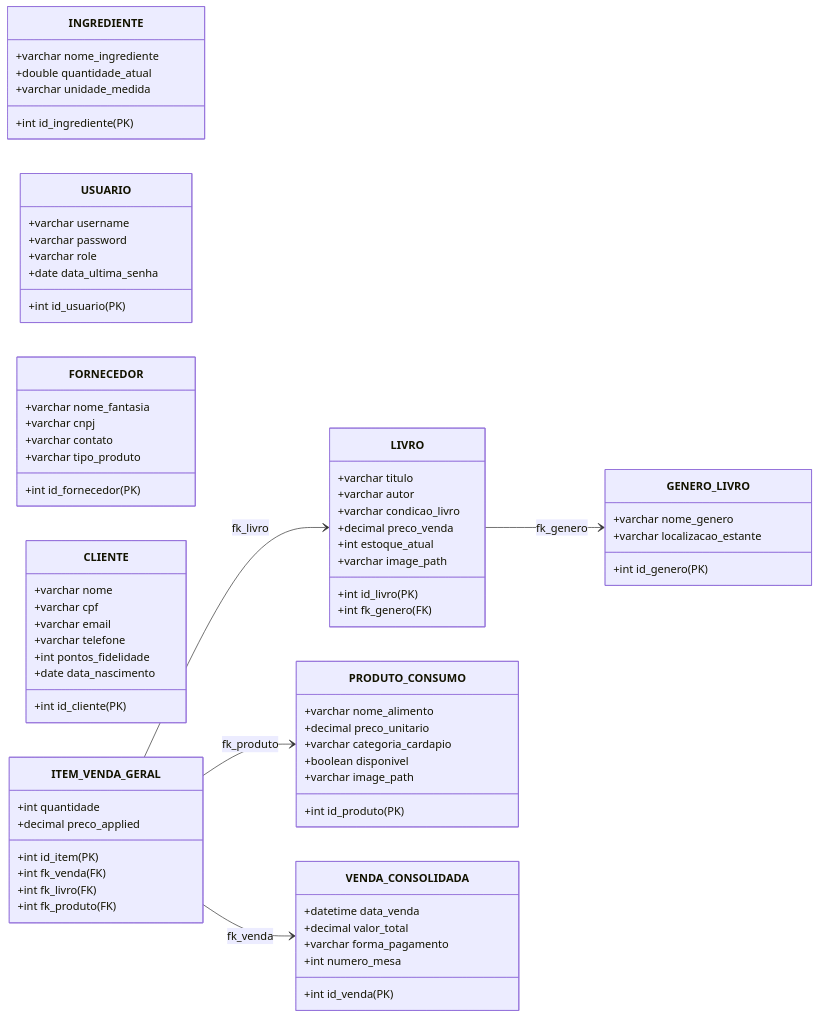
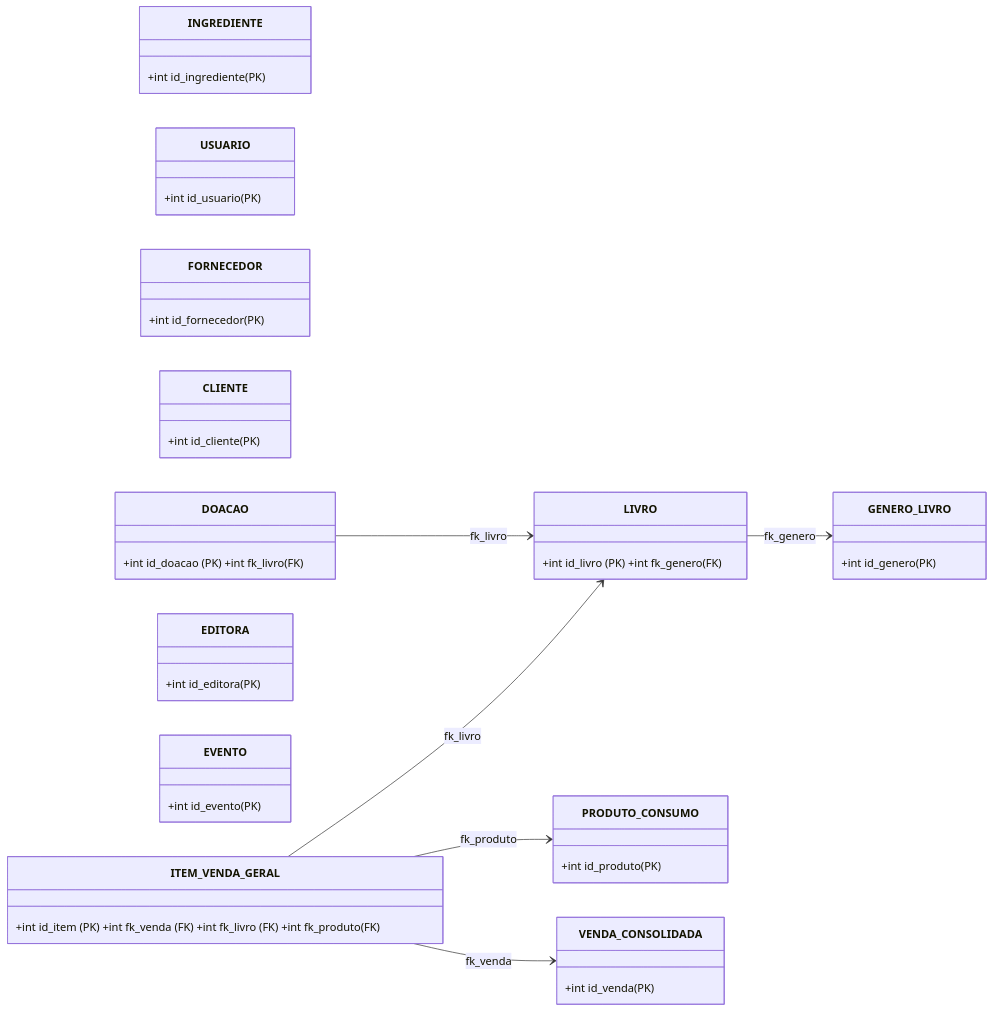
The diagram in apresentacao_slides.md (BarbaraVSilva/CoffeeANDBooks), drawn with Mermaid before and after one commit. The commit also changed other lines of this file and 19 other files, not shown here.

````diff
--- a/apresentacao_slides.md
+++ b/apresentacao_slides.md
@@ -200,85 +587,22 @@
 ```mermaid
 classDiagram
     direction LR
-
-    class GENERO_LIVRO {
-        +int id_genero (PK)
-        +varchar nome_genero
-        +varchar localizacao_estante
-    }
-
-    class LIVRO {
-        +int id_livro (PK)
-        +varchar titulo
-        +varchar autor
-        +varchar condicao_livro
-        +decimal preco_venda
-        +int estoque_atual
-        +int fk_genero (FK)
-        +varchar image_path
-    }
-
-    class PRODUTO_CONSUMO {
-        +int id_produto (PK)
-        +varchar nome_alimento
-        +decimal preco_unitario
-        +varchar categoria_cardapio
-        +boolean disponivel
-        +varchar image_path
-    }
-
-    class INGREDIENTE {
-        +int id_ingrediente (PK)
-        +varchar nome_ingrediente
-        +double quantidade_atual
-        +varchar unidade_medida
-    }
-
-    class USUARIO {
-        +int id_usuario (PK)
-        +varchar username
-        +varchar password
-        +varchar role
-        +date data_ultima_senha
-    }
-
-    class FORNECEDOR {
-        +int id_fornecedor (PK)
-        +varchar nome_fantasia
-        +varchar cnpj
-        +varchar contato
-        +varchar tipo_produto
-    }
-
-    class CLIENTE {
-        +int id_cliente (PK)
-        +varchar nome
-        +varchar cpf
-        +varchar email
-        +varchar telefone
-        +int pontos_fidelidade
-        +date data_nascimento
-    }
-
-    class VENDA_CONSOLIDADA {
-        +int id_venda (PK)
-        +datetime data_venda
-        +decimal valor_total
-        +varchar forma_pagamento
-        +int numero_mesa
-    }
-
-    class ITEM_VENDA_GERAL {
-        +int id_item (PK)
-        +int quantidade
-        +decimal preco_applied
-        +int fk_venda (FK)
-        +int fk_livro (FK)
-        +int fk_produto (FK)
-    }
+    class GENERO_LIVRO { +int id_genero (PK) }
+    class LIVRO { +int id_livro (PK) +int fk_genero (FK) }
+    class PRODUTO_CONSUMO { +int id_produto (PK) }
+    class INGREDIENTE { +int id_ingrediente (PK) }
+    class USUARIO { +int id_usuario (PK) }
+    class FORNECEDOR { +int id_fornecedor (PK) }
+    class CLIENTE { +int id_cliente (PK) }
+    class VENDA_CONSOLIDADA { +int id_venda (PK) }
+    class ITEM_VENDA_GERAL { +int id_item (PK) +int fk_venda (FK) +int fk_livro (FK) +int fk_produto (FK) }
+    class EDITORA { +int id_editora (PK) }
+    class EVENTO { +int id_evento (PK) }
+    class DOACAO { +int id_doacao (PK) +int fk_livro (FK) }
 
     LIVRO --> GENERO_LIVRO : fk_genero
     ITEM_VENDA_GERAL --> VENDA_CONSOLIDADA : fk_venda
     ITEM_VENDA_GERAL --> LIVRO : fk_livro
     ITEM_VENDA_GERAL --> PRODUTO_CONSUMO : fk_produto
+    DOACAO --> LIVRO : fk_livro
 ```
````
